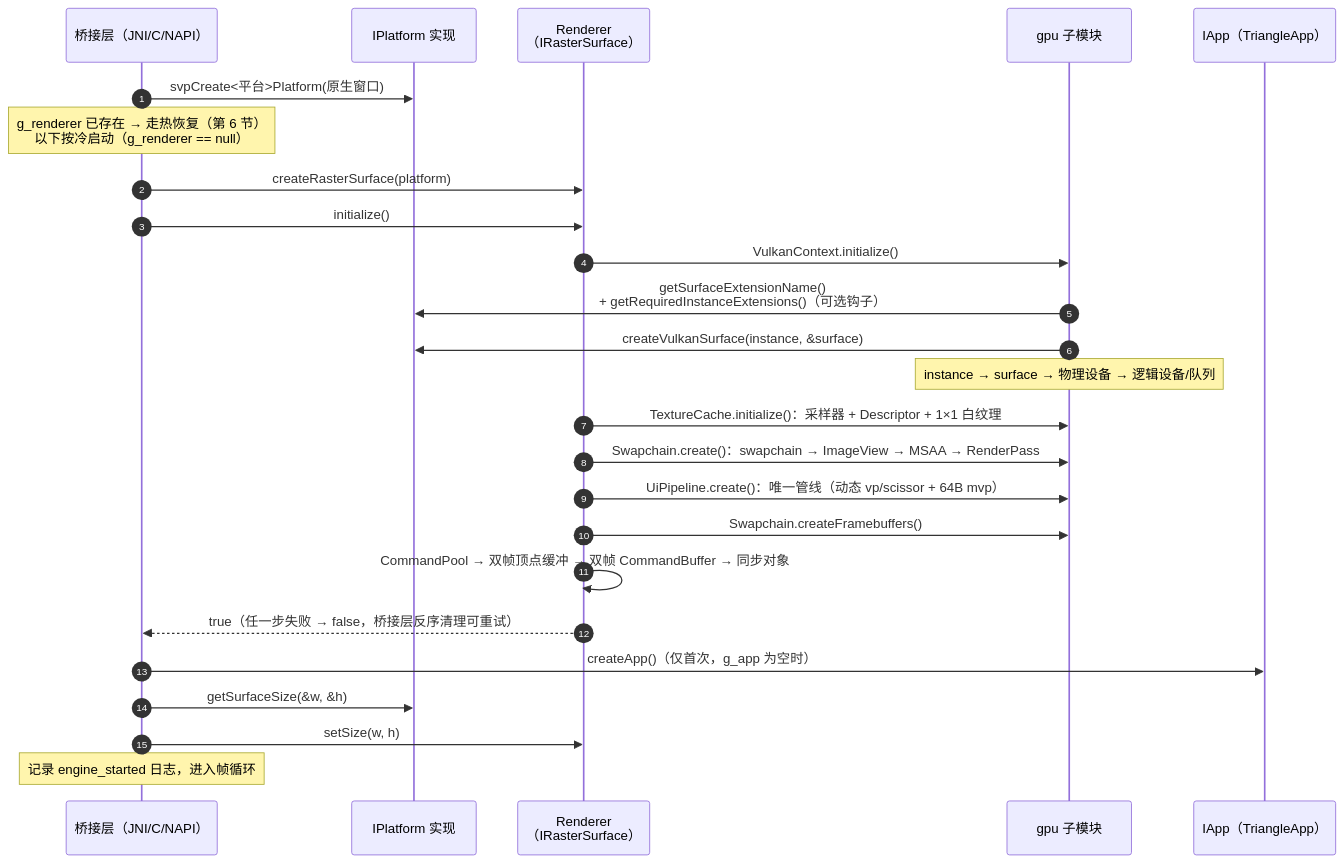
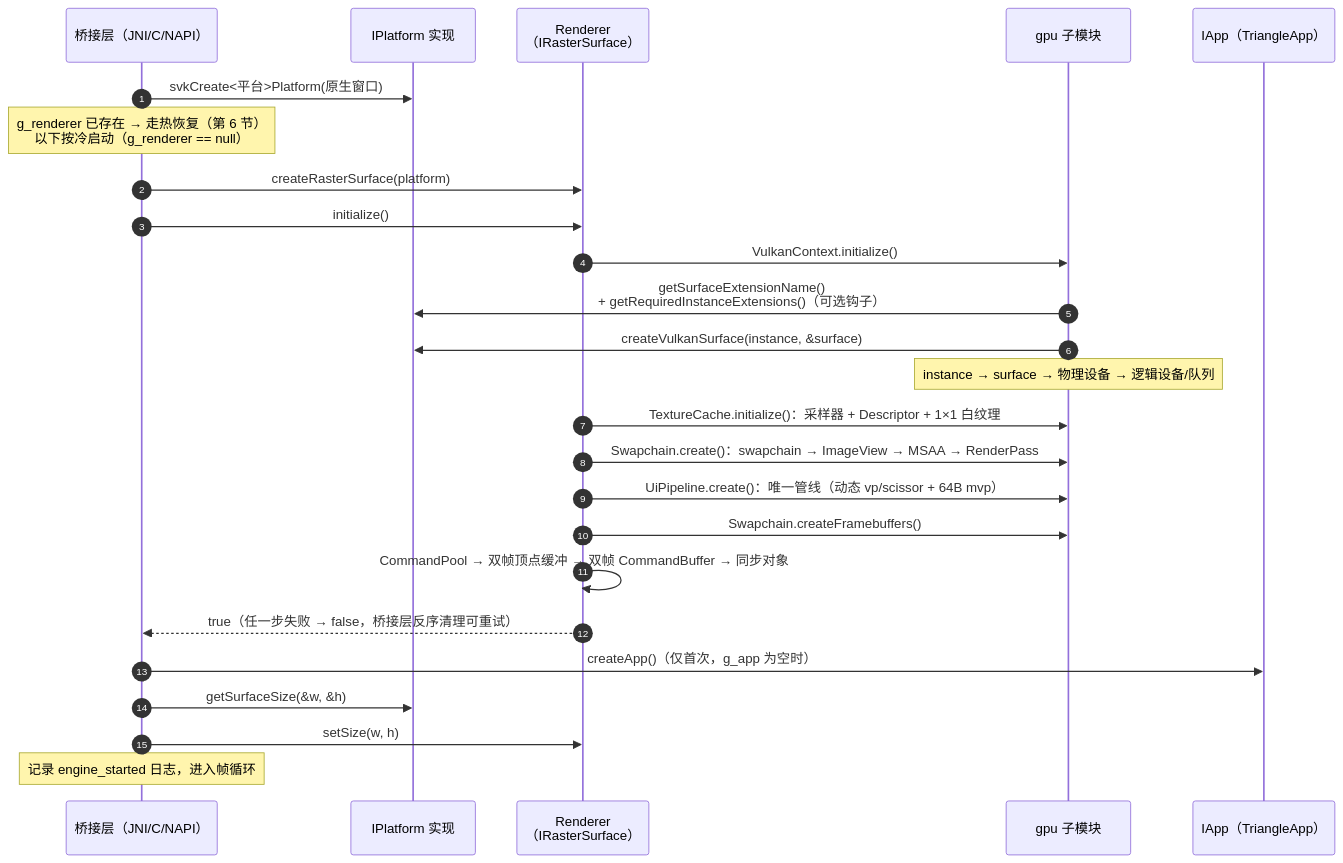
The fifth of 8 diagrams in docs/startup-sequence.md (helloworldwangziyi/SVK), drawn with Mermaid before and after one commit. The commit also changed other lines of this file and 45 other files, not shown here.

First line of the commit message:
refactor: 命名空间与工程标识 svp 统一更名为 svk，与项目名 SVK 保持一致

````diff
--- a/docs/startup-sequence.md
+++ b/docs/startup-sequence.md
@@ -168,30 +168,30 @@
 ```mermaid
 sequenceDiagram
     autonumber
     participant Bridge as 桥接层（JNI/C/NAPI）
     participant Plat as IPlatform 实现
     participant R as Renderer<br/>（IRasterSurface）
     participant GPU as gpu 子模块
     participant App as IApp（TriangleApp）
 
-    Bridge->>Plat: svpCreate<平台>Platform(原生窗口)
+    Bridge->>Plat: svkCreate<平台>Platform(原生窗口)
     Note over Bridge: g_renderer 已存在 → 走热恢复（第 6 节）<br/>以下按冷启动（g_renderer == null）
     Bridge->>R: createRasterSurface(platform)
     Bridge->>R: initialize()
 
     R->>GPU: VulkanContext.initialize()
     GPU->>Plat: getSurfaceExtensionName()<br/>+ getRequiredInstanceExtensions()（可选钩子）
     GPU->>Plat: createVulkanSurface(instance, &surface)
     Note over GPU: instance → surface → 物理设备 → 逻辑设备/队列
     R->>GPU: TextureCache.initialize()：采样器 + Descriptor + 1×1 白纹理
     R->>GPU: Swapchain.create()：swapchain → ImageView → MSAA → RenderPass
     R->>GPU: UiPipeline.create()：唯一管线（动态 vp/scissor + 64B mvp）
     R->>GPU: Swapchain.createFramebuffers()
     R->>R: CommandPool → 双帧顶点缓冲 → 双帧 CommandBuffer → 同步对象
     R-->>Bridge: true（任一步失败 → false，桥接层反序清理可重试）
 
     Bridge->>App: createApp()（仅首次，g_app 为空时）
     Bridge->>Plat: getSurfaceSize(&w, &h)
     Bridge->>R: setSize(w, h)
     Note over Bridge: 记录 engine_started 日志，进入帧循环
 ```
````
